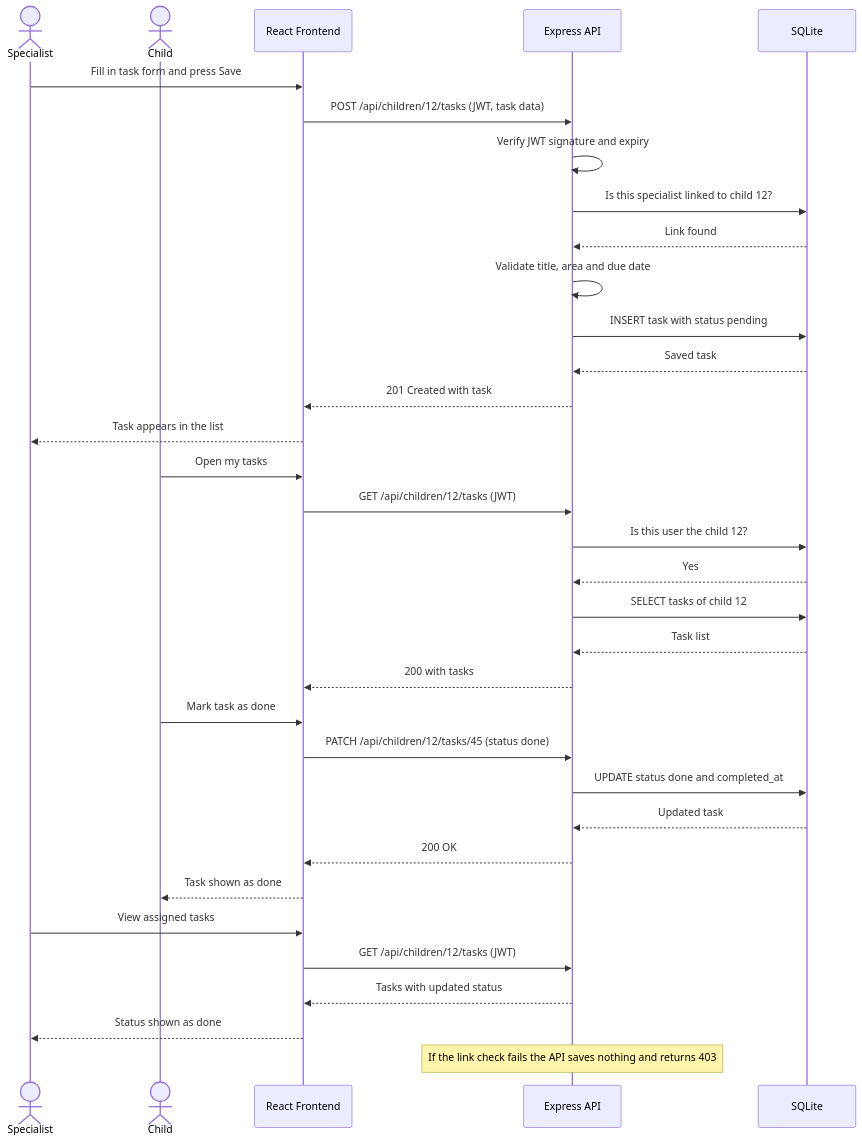
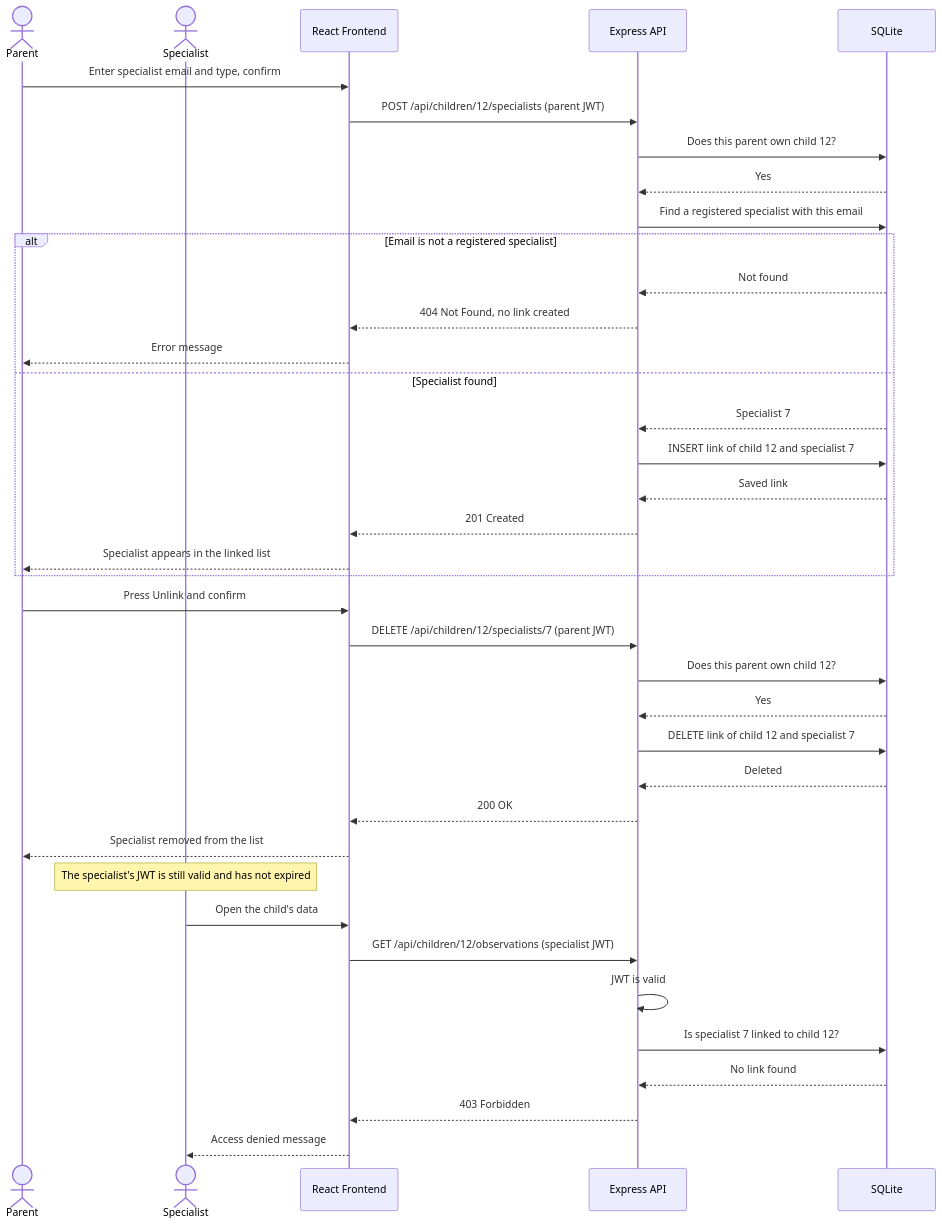
One commit to NasserN11/child-development-app-group11 changed the second of 4 diagrams in SDD.md. Above: the diagram before and after it, drawn with Mermaid. The commit also changed other lines of this file, not shown here.

````diff
--- a/SDD.md
+++ b/SDD.md
@@ -279,40 +300,44 @@
 ```mermaid
 sequenceDiagram
+    actor Parent
     actor Specialist
-    actor Child
     participant FE as React Frontend
     participant API as Express API
     participant DB as SQLite
 
-    Specialist->>FE: Fill in task form and press Save
-    FE->>API: POST /api/children/12/tasks (JWT, task data)
-    API->>API: Verify JWT signature and expiry
-    API->>DB: Is this specialist linked to child 12?
-    DB-->>API: Link found
-    API->>API: Validate title, area and due date
-    API->>DB: INSERT task with status pending
-    DB-->>API: Saved task
-    API-->>FE: 201 Created with task
-    FE-->>Specialist: Task appears in the list
+    Parent->>FE: Enter specialist email and type, confirm
+    FE->>API: POST /api/children/12/specialists (parent JWT)
+    API->>DB: Does this parent own child 12?
+    DB-->>API: Yes
+    API->>DB: Find a registered specialist with this email
+    alt Email is not a registered specialist
+        DB-->>API: Not found
+        API-->>FE: 404 Not Found, no link created
+        FE-->>Parent: Error message
+    else Specialist found
+        DB-->>API: Specialist 7
+        API->>DB: INSERT link of child 12 and specialist 7
+        DB-->>API: Saved link
+        API-->>FE: 201 Created
+        FE-->>Parent: Specialist appears in the linked list
+    end
 
-    Child->>FE: Open my tasks
-    FE->>API: GET /api/children/12/tasks (JWT)
-    API->>DB: Is this user the child 12?
+    Parent->>FE: Press Unlink and confirm
+    FE->>API: DELETE /api/children/12/specialists/7 (parent JWT)
+    API->>DB: Does this parent own child 12?
     DB-->>API: Yes
-    API->>DB: SELECT tasks of child 12
-    DB-->>API: Task list
-    API-->>FE: 200 with tasks
-    Child->>FE: Mark task as done
-    FE->>API: PATCH /api/children/12/tasks/45 (status done)
-    API->>DB: UPDATE status done and completed_at
-    DB-->>API: Updated task
+    API->>DB: DELETE link of child 12 and specialist 7
+    DB-->>API: Deleted
     API-->>FE: 200 OK
-    FE-->>Child: Task shown as done
+    FE-->>Parent: Specialist removed from the list
 
-    Specialist->>FE: View assigned tasks
-    FE->>API: GET /api/children/12/tasks (JWT)
-    API-->>FE: Tasks with updated status
-    FE-->>Specialist: Status shown as done
+    Note over Specialist: The specialist's JWT is still valid and has not expired
 
-    Note over API: If the link check fails the API saves nothing and returns 403
+    Specialist->>FE: Open the child's data
+    FE->>API: GET /api/children/12/observations (specialist JWT)
+    API->>API: JWT is valid
+    API->>DB: Is specialist 7 linked to child 12?
+    DB-->>API: No link found
+    API-->>FE: 403 Forbidden
+    FE-->>Specialist: Access denied message
 ```
````
